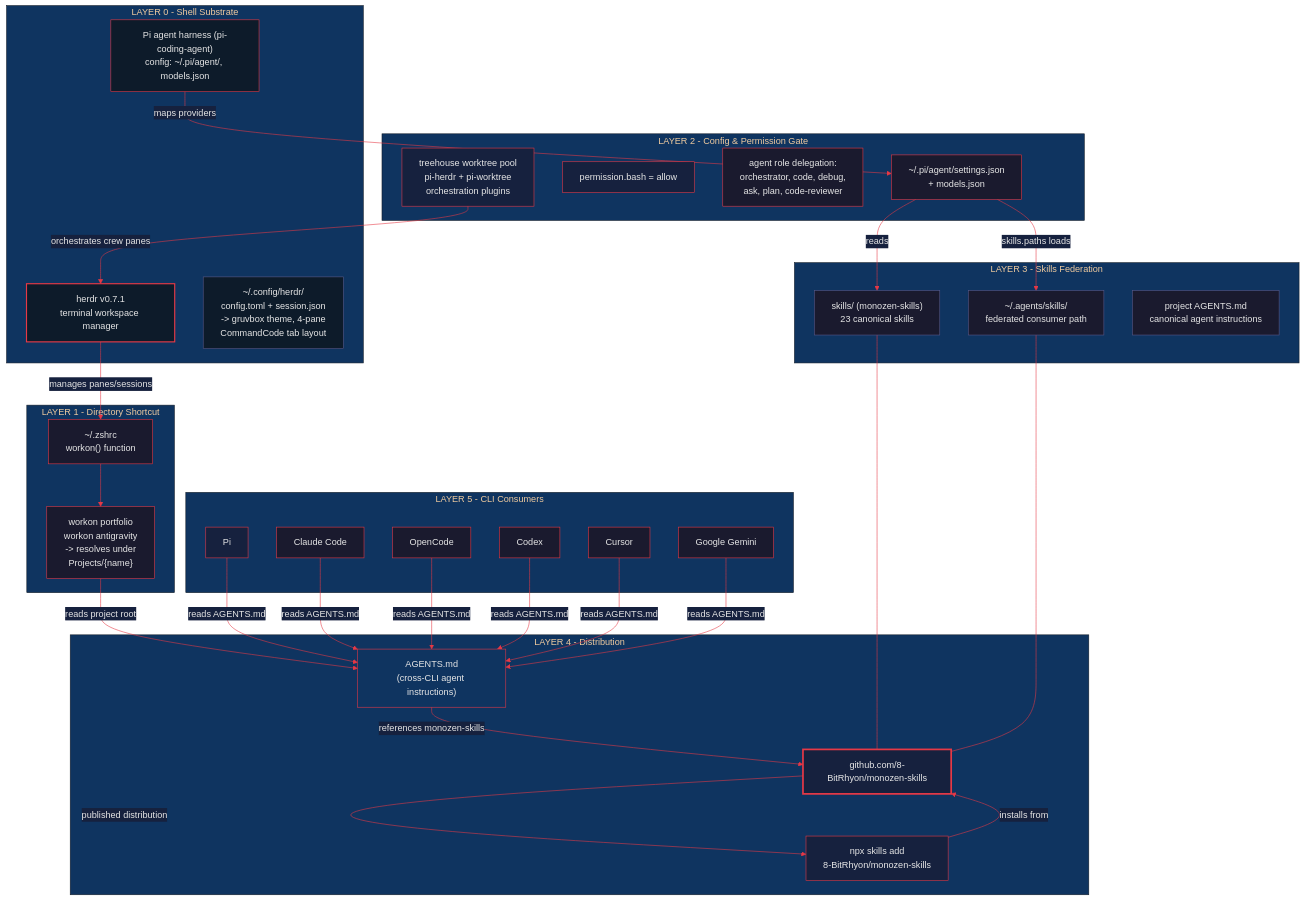
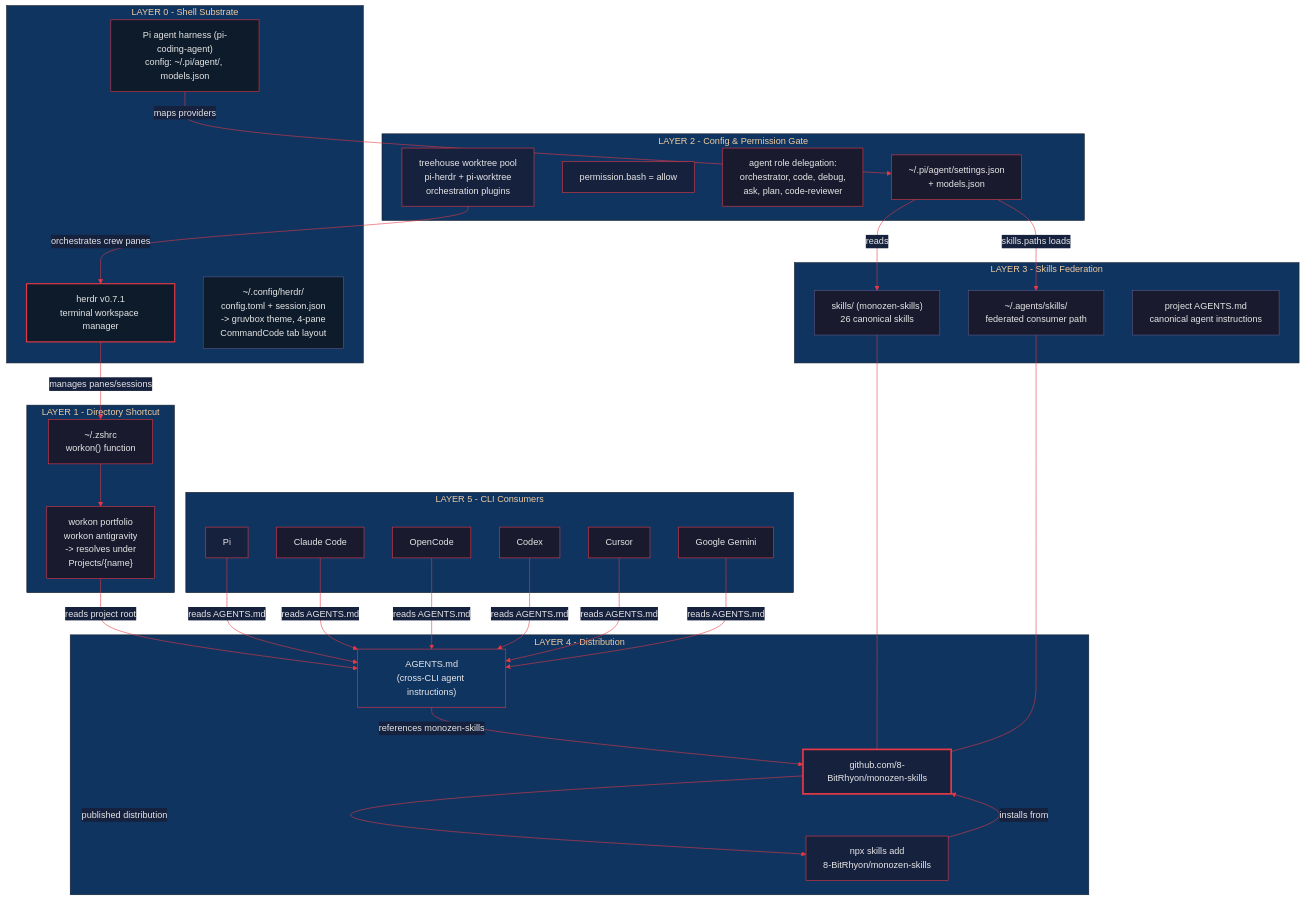
One commit to 8-BitRhyon/monozen-skills changed the diagram in assets/monozen-skills-arch.mmd. Above: the diagram before and after it, drawn with Mermaid. The commit also changed 15 other files, not shown here.

```diff
--- a/assets/monozen-skills-arch.mmd
+++ b/assets/monozen-skills-arch.mmd
@@ -1,75 +1,75 @@
 %%{init: {'theme': 'base', 'themeVariables': {'primaryColor': '#1a1a2e', 'primaryTextColor': '#e6e6e6', 'primaryBorderColor': '#e63946', 'lineColor': '#e63946', 'secondaryColor': '#16213e', 'tertiaryColor': '#0f3460'}}}%%
 
 flowchart TB
     subgraph Layer0["LAYER 0 - Shell Substrate"]
         HR["herdr v0.7.1<br/>terminal workspace manager"]
         PIF["Pi agent harness (pi-coding-agent)<br/>config: ~/.pi/agent/, models.json"]
         HRCFG["~/.config/herdr/<br/>config.toml + session.json<br/>-> gruvbox theme, 4-pane<br/>  CommandCode tab layout"]
     end
 
     subgraph Layer1["LAYER 1 - Directory Shortcut"]
         ZS["~/.zshrc<br/>workon() function"]
         WU["workon portfolio<br/>workon antigravity<br/>-> resolves under<br/>Projects/{name}"]
     end
 
     subgraph Layer2["LAYER 2 - Config & Permission Gate"]
         KC["~/.pi/agent/settings.json<br/>+ models.json"]
         PERM["permission.bash = allow"]
         AGD["agent role delegation:<br/>orchestrator, code, debug,<br/>ask, plan, code-reviewer"]
         IDX["treehouse worktree pool<br/>pi-herdr + pi-worktree<br/>orchestration plugins"]
     end
 
     subgraph Layer3["LAYER 3 - Skills Federation"]
-        FS1["skills/ (monozen-skills)<br/>23 canonical skills"]
+        FS1["skills/ (monozen-skills)<br/>26 canonical skills"]
         FS2["~/.agents/skills/<br/>federated consumer path"]
         FS3["project AGENTS.md<br/>canonical agent instructions"]
     end
 
     subgraph Layer4["LAYER 4 - Distribution"]
         MS["github.com/8-BitRhyon/monozen-skills"]
         NPX["npx skills add<br/>8-BitRhyon/monozen-skills"]
         AG["AGENTS.md<br/>(cross-CLI agent instructions)"]
     end
 
     subgraph Layer5["LAYER 5 - CLI Consumers"]
         PI["Pi"]
         CC["Claude Code"]
         OC["OpenCode"]
         CX["Codex"]
         CU["Cursor"]
         GK["Google Gemini"]
     end
 
     HR -->|manages panes/sessions| ZS
     ZS --> WU
     WU -->|reads project root| AG
     AG -->|references monozen-skills| MS
     PIF -->|maps providers| KC
     KC -->|skills.paths loads| FS2
     KC -->|reads| FS1
     IDX -->|orchestrates crew panes| HR
     NPX -->|installs from| MS
     MS -->|published distribution| NPX
     FS1 --- MS
     FS2 --- MS
     PI -->|reads AGENTS.md| AG
     CC -->|reads AGENTS.md| AG
     OC -->|reads AGENTS.md| AG
     CX -->|reads AGENTS.md| AG
     CU -->|reads AGENTS.md| AG
     GK -->|reads AGENTS.md| AG
 
     style HR fill:#0d1b2a,stroke:#e63946,color:#e6e6e6,stroke-width:2px
     style PIF fill:#0d1b2a,stroke:#e63946,color:#e6e6e6
     style HRCFG fill:#0d1b2a,stroke:#5a5a8a,color:#e6e6e6
     style ZS fill:#1a1a2e,stroke:#e63946,color:#e6e6e6
     style KC fill:#1a1a2e,stroke:#e63946,color:#e6e6e6
     style MS fill:#16213e,stroke:#e63946,color:#e6e6e6,stroke-width:3px
     style AG fill:#0f3460,stroke:#e63946,color:#e6e6e6
     style NPX fill:#16213e,stroke:#e63946,color:#e6e6e6
     style FS1 fill:#1a1a2e,stroke:#5a5a8a,color:#e6e6e6
     style FS2 fill:#1a1a2e,stroke:#5a5a8a,color:#e6e6e6
     style FS3 fill:#1a1a2e,stroke:#5a5a8a,color:#e6e6e6
     style PI fill:#16213e,stroke:#e63946,color:#e6e6e6
     style PERM fill:#16213e,stroke:#e63946,color:#e6e6e6
     style IDX fill:#16213e,stroke:#e63946,color:#e6e6e6
```
